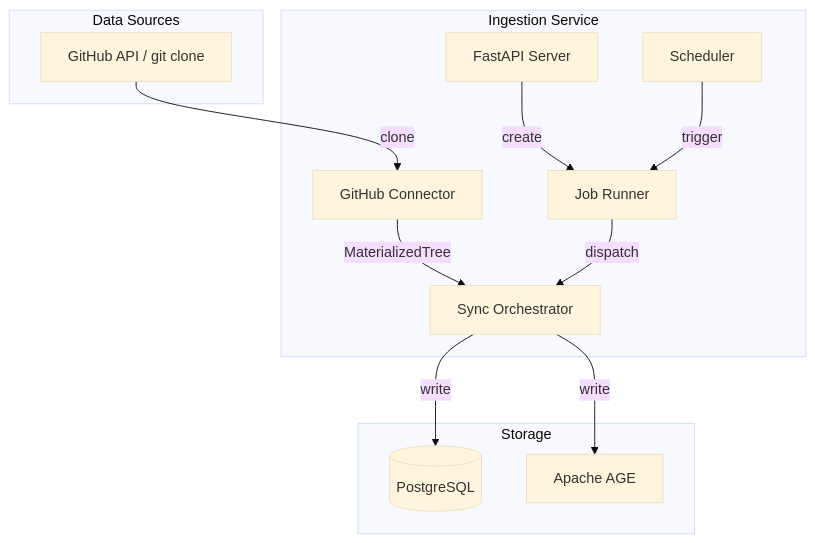
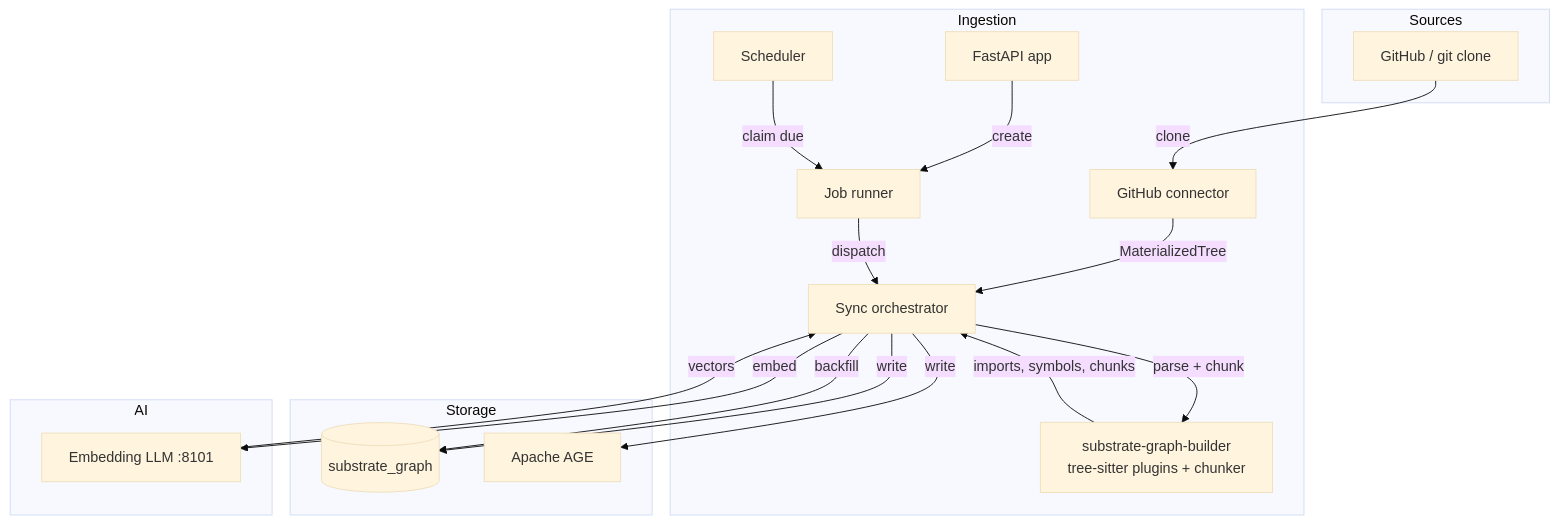
The diagram in docs/system-design/ingestion.md (invariantcontinuum/substrate), drawn with Mermaid (base theme) before and after one commit. The commit also changed other lines of this file and 11 other files, not shown here.

Commit message:
docs: rewrite architecture and system-design docs for single-db, sse-only, ast chunker, enriched summary

````diff
--- a/docs/system-design/ingestion.md
+++ b/docs/system-design/ingestion.md
@@ -29,28 +33,38 @@
 ```mermaid
 flowchart TB
-    subgraph Sources["Data Sources"]
-        GH[GitHub API / git clone]
+    subgraph Sources
+        GH[GitHub / git clone]
     end
 
-    subgraph Ingestion["Ingestion Service"]
-        API[FastAPI Server]
-        RUNNER[Job Runner]
+    subgraph Ingestion
+        API[FastAPI app]
+        RUNNER[Job runner]
         SCHED[Scheduler]
-        CONN[GitHub Connector]
-        SYNC[Sync Orchestrator]
+        CONN[GitHub connector]
+        SYNC[Sync orchestrator]
+        GB[substrate-graph-builder<br/>tree-sitter plugins + chunker]
     end
 
     subgraph Storage
-        PG[(PostgreSQL)]
+        PG[(substrate_graph)]
         AGE[Apache AGE]
+    end
+
+    subgraph AI
+        EMB[Embedding LLM :8101]
     end
 
     GH -->|clone| CONN
     CONN -->|MaterializedTree| SYNC
+    SYNC -->|parse + chunk| GB
+    GB -->|imports, symbols, chunks| SYNC
     SYNC -->|write| PG
     SYNC -->|write| AGE
+    SYNC -->|embed| EMB
+    EMB -->|vectors| SYNC
+    SYNC -->|backfill| PG
 
     API -->|create| RUNNER
-    SCHED -->|trigger| RUNNER
+    SCHED -->|claim due| RUNNER
     RUNNER -->|dispatch| SYNC
 ```
````
